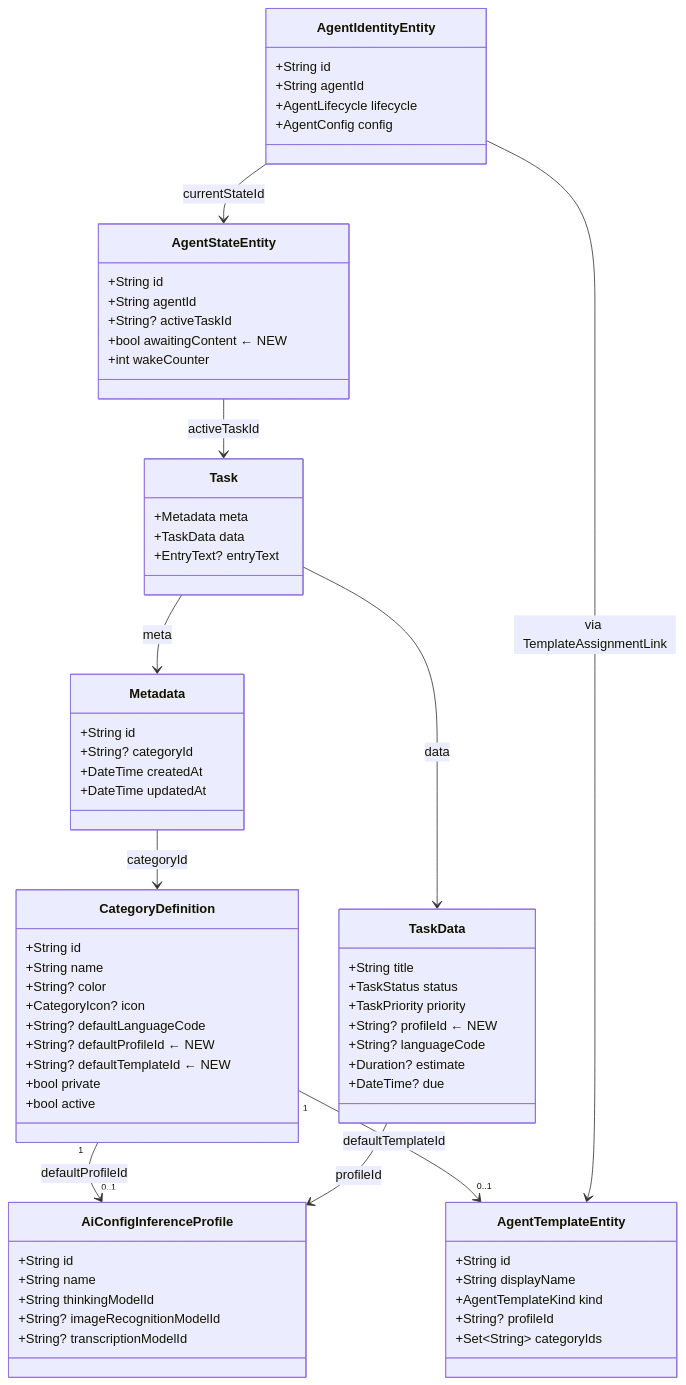
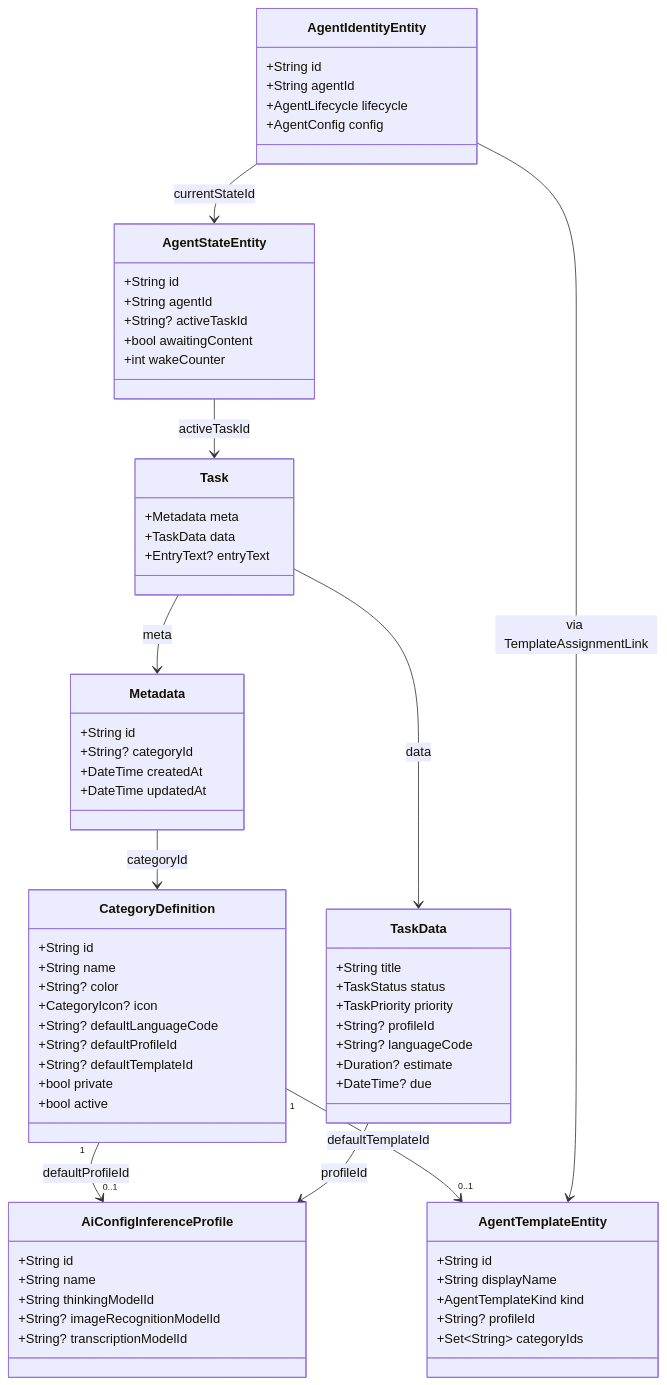
Before and after one commit to matthiasn/lotti: the third of 3 diagrams in docs/implementation_plans/2026-03-15_category_default_profiles_agents.md, drawn with Mermaid. The commit also changed other lines of this file and 28 other files, not shown here.

Commit message:
feat: use default profile & agent (first run gated by content)

````diff
--- a/docs/implementation_plans/2026-03-15_category_default_profiles_agents.md
+++ b/docs/implementation_plans/2026-03-15_category_default_profiles_agents.md
@@ -126,78 +128,78 @@
 ```mermaid
 classDiagram
     class CategoryDefinition {
         +String id
         +String name
         +String? color
         +CategoryIcon? icon
         +String? defaultLanguageCode
-        +String? defaultProfileId  ← NEW
-        +String? defaultTemplateId ← NEW
+        +String? defaultProfileId
+        +String? defaultTemplateId
         +bool private
         +bool active
     }
 
     class TaskData {
         +String title
         +TaskStatus status
         +TaskPriority priority
-        +String? profileId  ← NEW
+        +String? profileId
         +String? languageCode
         +Duration? estimate
         +DateTime? due
     }
 
     class Metadata {
         +String id
         +String? categoryId
         +DateTime createdAt
         +DateTime updatedAt
     }
 
     class Task {
         +Metadata meta
         +TaskData data
         +EntryText? entryText
     }
 
     class AiConfigInferenceProfile {
         +String id
         +String name
         +String thinkingModelId
         +String? imageRecognitionModelId
         +String? transcriptionModelId
     }
 
     class AgentTemplateEntity {
         +String id
         +String displayName
         +AgentTemplateKind kind
         +String? profileId
         +Set~String~ categoryIds
     }
 
     class AgentIdentityEntity {
         +String id
         +String agentId
         +AgentLifecycle lifecycle
         +AgentConfig config
     }
 
     class AgentStateEntity {
         +String id
         +String agentId
         +String? activeTaskId
-        +bool awaitingContent ← NEW
+        +bool awaitingContent
         +int wakeCounter
     }
 
     CategoryDefinition "1" --> "0..1" AiConfigInferenceProfile : defaultProfileId
     CategoryDefinition "1" --> "0..1" AgentTemplateEntity : defaultTemplateId
     Task --> Metadata : meta
     Task --> TaskData : data
     Metadata --> CategoryDefinition : categoryId
     TaskData --> AiConfigInferenceProfile : profileId
     AgentIdentityEntity --> AgentStateEntity : currentStateId
     AgentStateEntity --> Task : activeTaskId
     AgentIdentityEntity --> AgentTemplateEntity : via TemplateAssignmentLink
 ```
````
